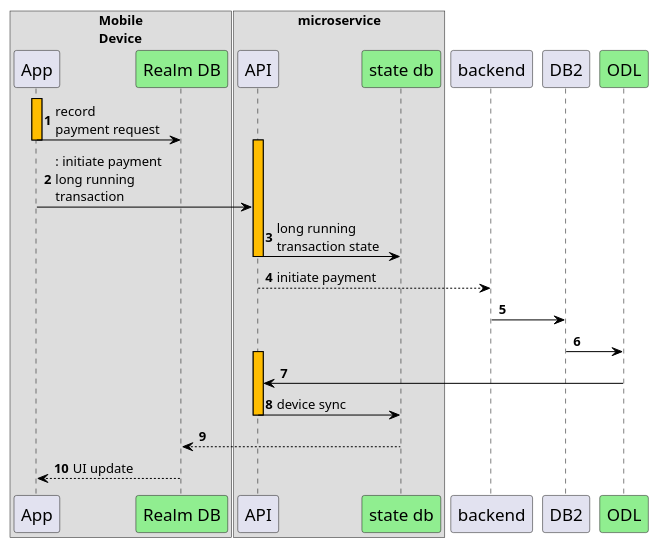
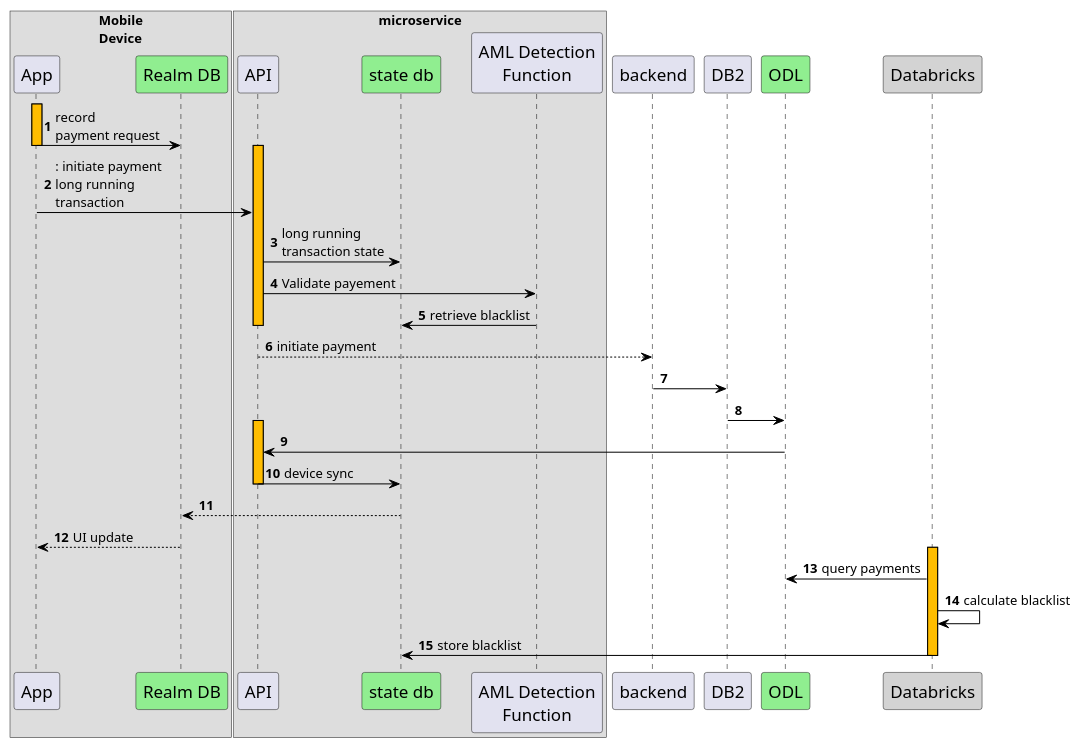
Before and after one commit to spullepu/FSI: the diagram in mongoDBOLD.puml, drawn with PlantUML.

Commit message:
including payment valition via databricks

```diff
--- a/mongoDBOLD.puml
+++ b/mongoDBOLD.puml
@@ -1,86 +1,97 @@
 skinparam headerFontSize 40
 skinparam HeaderFontColor black
 'header Mobile Payments (Happy Path)
 skinparam sequence {
     ArrowColor black
     LifeLineBorderColor black
     LifeLineBackgroundColor black
     LifeLineBorderColor black
     LifeLineBackgroundColor #ffbd00
 
     'ParticipantBorderColor #lightgreen
     'ParticipantBackgroundColor #lightgreen
     ParticipantFontName "Arial"
     ParticipantFontSize 17
     ParticipantFontColor black
     'ParticipantMargin 30 '\n Heritage service
 
     ActorBorderColor black
     ActorBackgroundColor #black
 }
 
 autonumber 1
 box "Mobile\nDevice"
 participant "App" as a
 participant "Realm DB" as realm #lightgreen
 end box
 box "microservice"
 participant "API" as b 
 participant "state db" as microdb #lightgreen
+participant "AML Detection\nFunction" as model
 end box
 'participant "Kafka/Azure Event Hub/AWS Kiensis " as c
 'box "Databricks" '#LightSlateGray
 'box "Databricks" 
 'participant "mlFlow" as f
 'participant "Delta Lake" as g
 'end box
 'participant "Fraud Monitoring" as h
 
 'participant "Atlas:ODS" as d #lightgreen 
 
 'participant "Realm Sync App" as e #lightgreen 
 
 activate a
 a->realm: record\npayment request
 deactivate a
 activate b
 a->b: : initiate payment\nlong running\ntransaction
 b->microdb: long running\ntransaction state
+b->model: Validate payement
+model->microdb: retrieve blacklist
 deactivate b
 b-->backend: initiate payment
 backend->DB2
 participant "ODL" as ODL #lightgreen
 DB2->ODL
 activate b
 ODL->b
 b->microdb: device sync
 deactivate b
 
 microdb-->realm
 realm-->a: UI update
+
+participant "Databricks" as dbr #lightgrey
+activate dbr
+dbr->ODL: query payments
+' should model params be stored in MongoDB
+dbr->dbr: calculate blacklist
+dbr->microdb: store blacklist
+deactivate dbr
 
 'b->c: new trasnsaction event
 'c-[#blue]>g: insert raw transactions
 'activate g
 
 'g->g: Geospatial clustering 
 'g->g: determine user behaviour
 'g-[#green]>d: insert user behavior data
 'c-[#blue]>f: insert raw transactions
 
 'deactivate g
 'note left: 3 & 7 are parallel activities
 
 'activate f
 
 'f->f: update model, generate new reference data points
 'f-[#green]>d: periodically push new reference data \n import com.mongodb.spark._
 'f->d: find if there is a match \n db.tiles.find({"user": "Antoine", "tile": "8A2A1008916FFFF"})
 'deactivate f
 'alt  if there is a match (transaction is fraudulent)
 'd->h: trigger change stream 
 'h->h: create a case
 
 'd->e:  trigger change stream
 'e->a: transaction failed message
 'end
```
